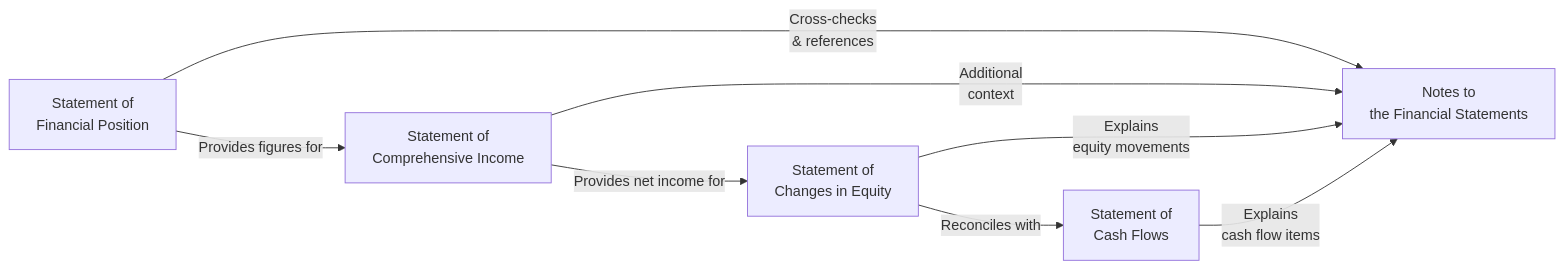
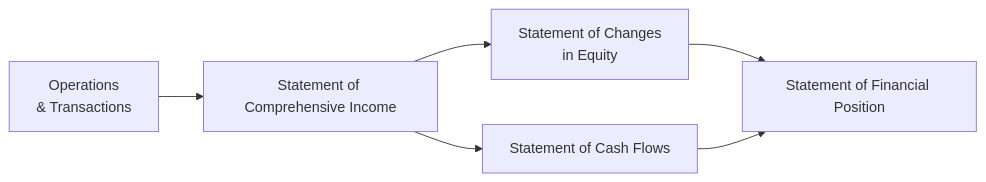
Before and after one commit to MasteryEducation/SecuritiesExamsMastery.ca: the diagram in content/ifc/9/1/index.md, drawn with Mermaid. The commit also changed other lines of this file and 130 other files, not shown here.

````diff
--- a/content/ifc/9/1/index.md
+++ b/content/ifc/9/1/index.md
@@ -62,10 +109,8 @@
 ```mermaid
 flowchart LR
-    A["Statement of <br/> Financial Position"] -- Provides figures for --> B["Statement of <br/> Comprehensive Income"]
-    B -- Provides net income for --> C["Statement of <br/> Changes in Equity"]
-    C -- Reconciles with --> D["Statement of <br/> Cash Flows"]
-    A -- Cross-checks <br/> & references --> E["Notes to <br/> the Financial Statements"]
-    B -- Additional <br/> context --> E
-    C -- Explains <br/> equity movements --> E
-    D -- Explains <br/> cash flow items --> E
+    A["Operations <br/> & Transactions"] --> B["Statement of Comprehensive Income"]
+    B["Statement of Comprehensive Income"] --> C["Statement of Changes <br/> in Equity"]
+    C["Statement of Changes <br/> in Equity"] --> D["Statement of Financial Position"]
+    E["Cash Flows"] --> D["Statement of Financial Position"]
+    B --> E["Statement of Cash Flows"]
 ```
````
